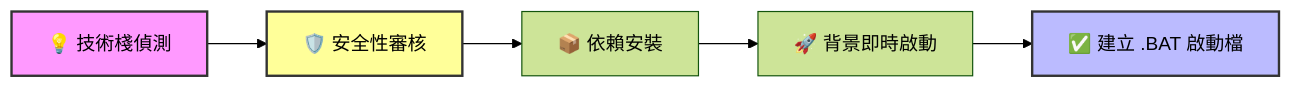
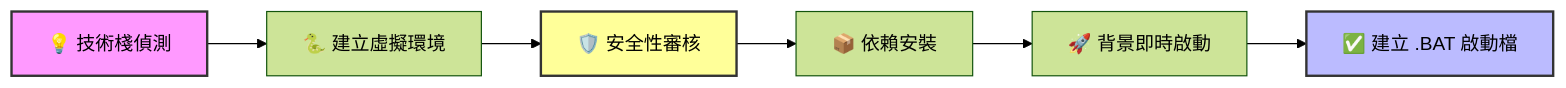
One commit to Yunotang/universal-project-launcher changed the diagram in README_zh-TW.md. Above: the diagram before and after it, drawn with Mermaid (forest theme). The commit also changed 1 other file, not shown here.

Commit message:
docs: add Virtual Environment step to core workflow diagram

````diff
--- a/README_zh-TW.md
+++ b/README_zh-TW.md
@@ -14,11 +14,12 @@
 ```mermaid
 graph LR
-    A[💡 技術棧偵測] --> B[🛡️ 安全性審核]
-    B --> C[📦 依賴安裝]
-    C --> D[🚀 背景即時啟動]
-    D --> E[✅ 建立 .BAT 啟動檔]
+    A[💡 技術棧偵測] --> B[🐍 建立虛擬環境]
+    B --> C[🛡️ 安全性審核]
+    C --> D[📦 依賴安裝]
+    D --> E[🚀 背景即時啟動]
+    E --> F[✅ 建立 .BAT 啟動檔]
     
     style A fill:#f9f,stroke:#333,stroke-width:2px
-    style B fill:#ff9,stroke:#333,stroke-width:2px
-    style E fill:#bbf,stroke:#333,stroke-width:2px
+    style C fill:#ff9,stroke:#333,stroke-width:2px
+    style F fill:#bbf,stroke:#333,stroke-width:2px
 ```
````
